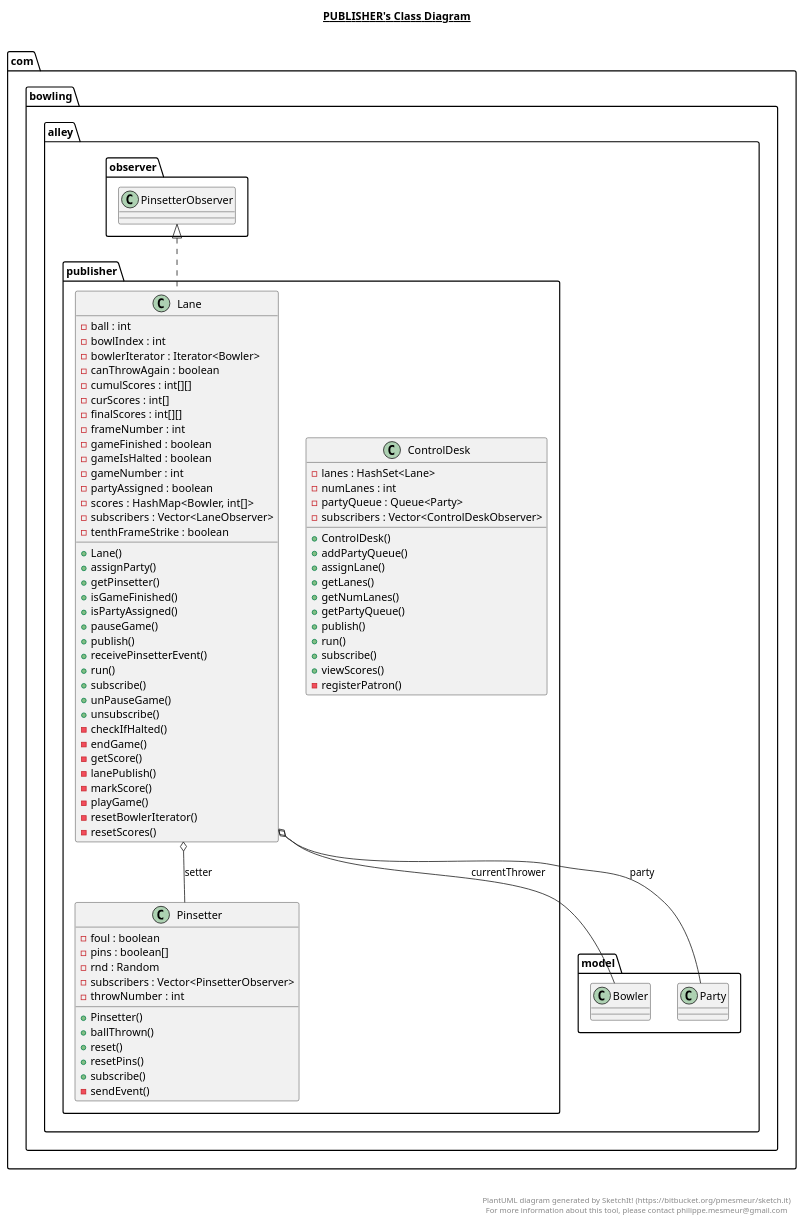
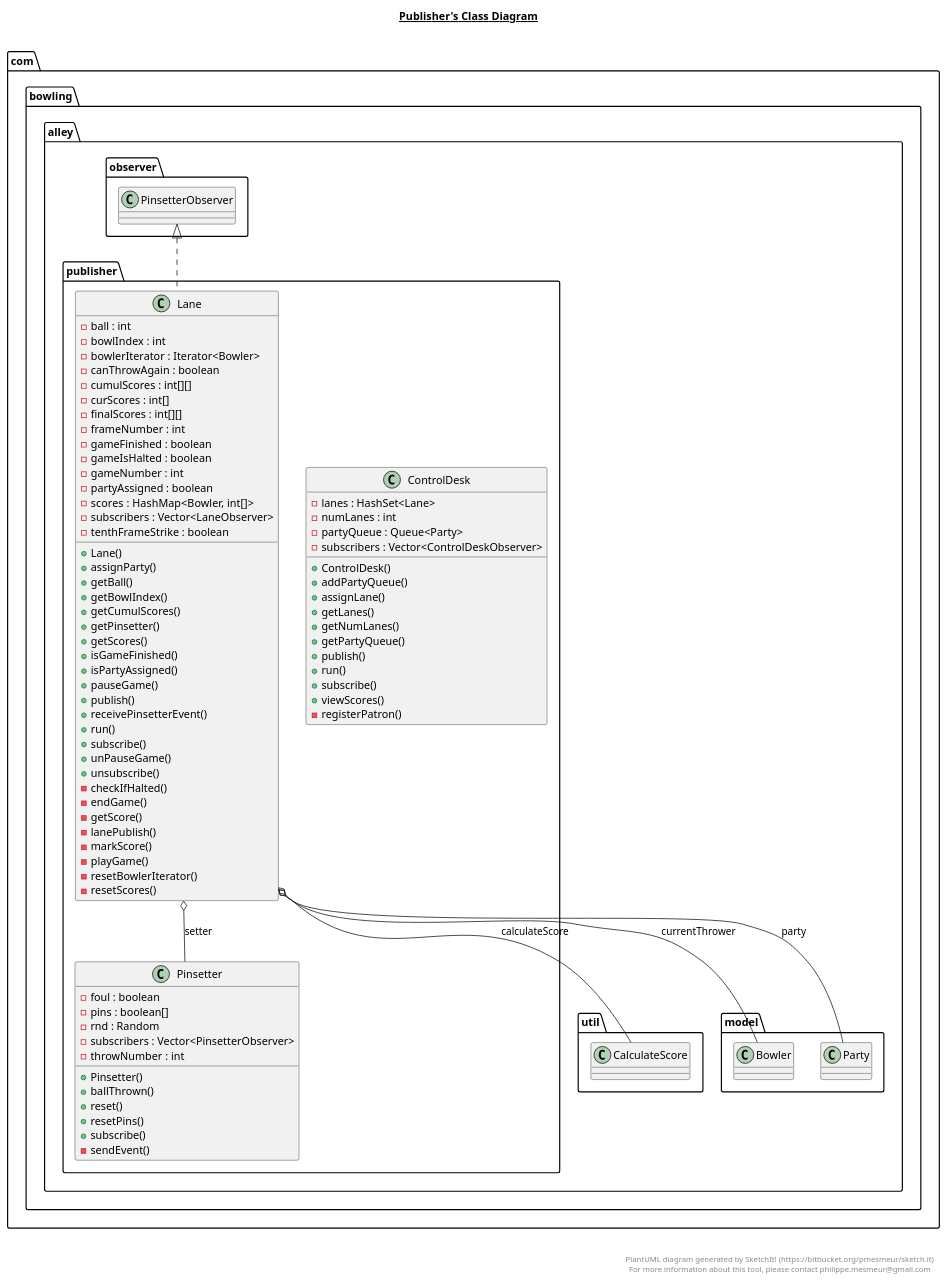
The diagram in src/com/bowling/alley/publisher/publisher.plantuml (akshayphate/bowlingalley), drawn with PlantUML before and after one commit. The commit also changed 11 other files, not shown here.

```diff
--- a/src/com/bowling/alley/publisher/publisher.plantuml
+++ b/src/com/bowling/alley/publisher/publisher.plantuml
@@ -1,103 +1,108 @@
 @startuml
 
-title __PUBLISHER's Class Diagram__\n
+title __Publisher's Class Diagram__\n
 
   namespace com.bowling.alley {
     namespace publisher {
       class com.bowling.alley.publisher.ControlDesk {
           - lanes : HashSet<Lane>
           - numLanes : int
           - partyQueue : Queue<Party>
           - subscribers : Vector<ControlDeskObserver>
           + ControlDesk()
           + addPartyQueue()
           + assignLane()
           + getLanes()
           + getNumLanes()
           + getPartyQueue()
           + publish()
           + run()
           + subscribe()
           + viewScores()
           - registerPatron()
       }
     }
   }
   
 
   namespace com.bowling.alley {
     namespace publisher {
       class com.bowling.alley.publisher.Lane {
           - ball : int
           - bowlIndex : int
           - bowlerIterator : Iterator<Bowler>
           - canThrowAgain : boolean
           - cumulScores : int[][]
           - curScores : int[]
           - finalScores : int[][]
           - frameNumber : int
           - gameFinished : boolean
           - gameIsHalted : boolean
           - gameNumber : int
           - partyAssigned : boolean
           - scores : HashMap<Bowler, int[]>
           - subscribers : Vector<LaneObserver>
           - tenthFrameStrike : boolean
           + Lane()
           + assignParty()
+          + getBall()
+          + getBowlIndex()
+          + getCumulScores()
           + getPinsetter()
+          + getScores()
           + isGameFinished()
           + isPartyAssigned()
           + pauseGame()
           + publish()
           + receivePinsetterEvent()
           + run()
           + subscribe()
           + unPauseGame()
           + unsubscribe()
           - checkIfHalted()
           - endGame()
           - getScore()
           - lanePublish()
           - markScore()
           - playGame()
           - resetBowlerIterator()
           - resetScores()
       }
     }
   }
   
 
   namespace com.bowling.alley {
     namespace publisher {
       class com.bowling.alley.publisher.Pinsetter {
           - foul : boolean
           - pins : boolean[]
           - rnd : Random
           - subscribers : Vector<PinsetterObserver>
           - throwNumber : int
           + Pinsetter()
           + ballThrown()
           + reset()
           + resetPins()
           + subscribe()
           - sendEvent()
       }
     }
   }
   
 
   com.bowling.alley.publisher.Lane .up.|> com.bowling.alley.observer.PinsetterObserver
+  com.bowling.alley.publisher.Lane o-- com.bowling.alley.util.CalculateScore : calculateScore
   com.bowling.alley.publisher.Lane o-- com.bowling.alley.model.Bowler : currentThrower
   com.bowling.alley.publisher.Lane o-- com.bowling.alley.model.Party : party
   com.bowling.alley.publisher.Lane o-- com.bowling.alley.publisher.Pinsetter : setter
 
 
 right footer
 
 
 PlantUML diagram generated by SketchIt! (https://bitbucket.org/pmesmeur/sketch.it)
 For more information about this tool, please contact philippe.mesmeur@gmail.com
 endfooter
 
 @enduml
```
